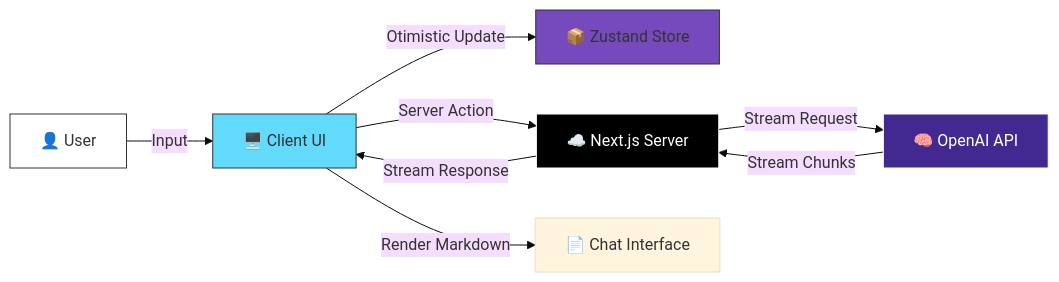
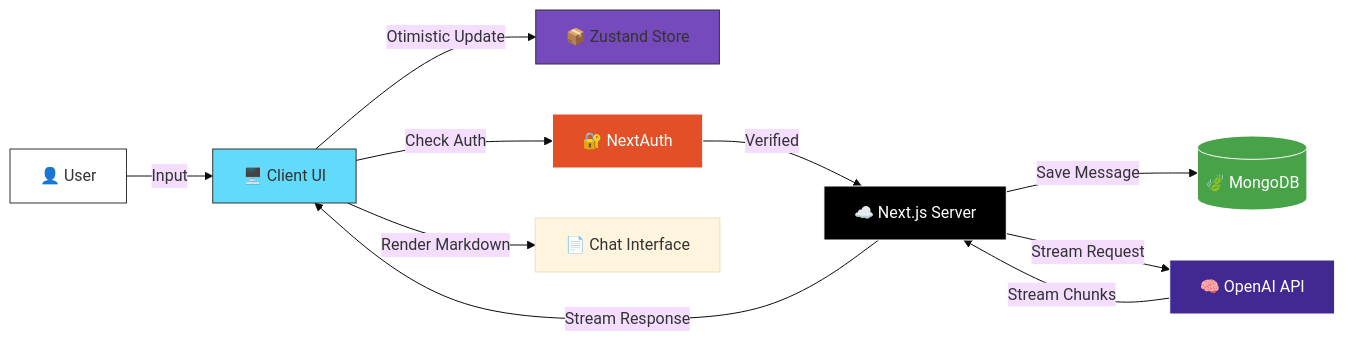
Before and after one commit to kirtan597/Ai-Buddy: the first of 2 diagrams in README.md, drawn with Mermaid (base theme). The commit also changed other lines of this file, not shown here.

Commit message:
docs: Update README with Auth, Guest Mode, and Persistence architectural details

````diff
--- a/README.md
+++ b/README.md
@@ -47,16 +55,20 @@
 ```mermaid
 graph LR
     User[👤 User] -->|Input| UI[🖥️ Client UI]
     UI -->|Otimistic Update| Store[📦 Zustand Store]
-    UI -->|Server Action| API[☁️ Next.js Server]
+    UI -- Check Auth --> Auth[🔐 NextAuth]
+    Auth -- Verified --> API[☁️ Next.js Server]
+    API -->|Save Message| DB[(🍃 MongoDB)]
     API -->|Stream Request| OpenAI[🧠 OpenAI API]
     OpenAI -->|Stream Chunks| API
     API -->|Stream Response| UI
     UI -->|Render Markdown| Display[📄 Chat Interface]
     
     style User fill:#fff,stroke:#333
     style UI fill:#61DAFB,stroke:#333
     style Store fill:#764ABC,stroke:#333
     style API fill:#000000,stroke:#fff,color:#fff
     style OpenAI fill:#412991,stroke:#fff,color:#fff
+    style DB fill:#47A248,stroke:#fff,color:#fff
+    style Auth fill:#E34F26,stroke:#fff,color:#fff
 ```
````
